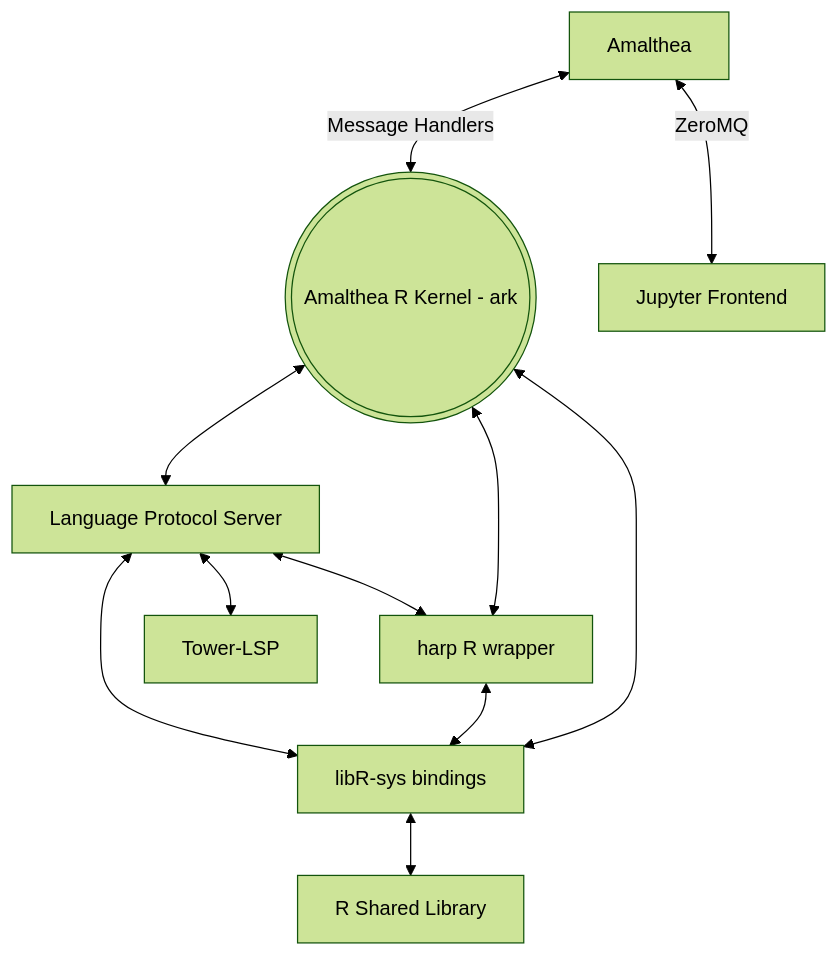
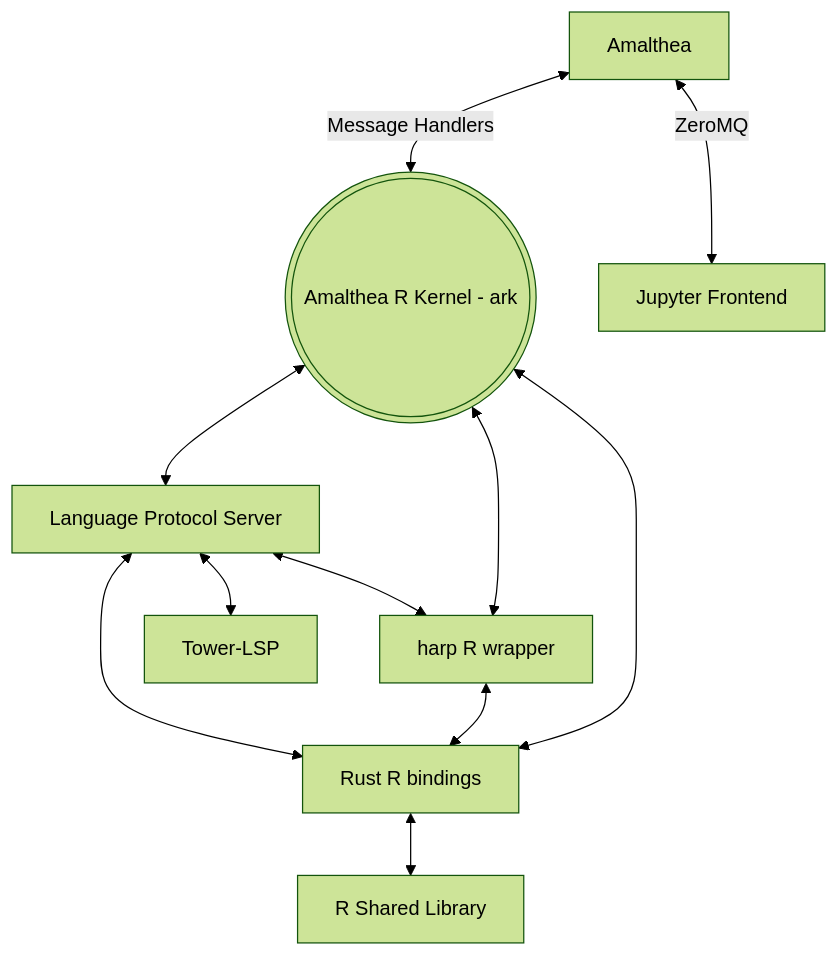
One commit to posit-dev/ark changed the diagram in README.md. Above: the diagram before and after it, drawn with Mermaid (forest theme). The commit also changed 8 other files, not shown here.

Commit message:
Rip out `libR-sys` and `libR-shim`

````diff
--- a/README.md
+++ b/README.md
@@ -17,13 +17,13 @@
 ```mermaid
 flowchart TD
 a[Amalthea] <--Message Handlers--> ark(((Amalthea R Kernel - ark)))
 a <--ZeroMQ--> jf[Jupyter Frontend]
 ark <--> lsp[Language Protocol Server]
 ark <--> h[harp R wrapper]
-ark <--> libr[libR-sys bindings]
+ark <--> libr[Rust R bindings]
 h <--> libr
 libr <--> r[R Shared Library]
 lsp <--> h
 lsp <--> libr
 lsp <--> tower[Tower-LSP]
 ```
````
